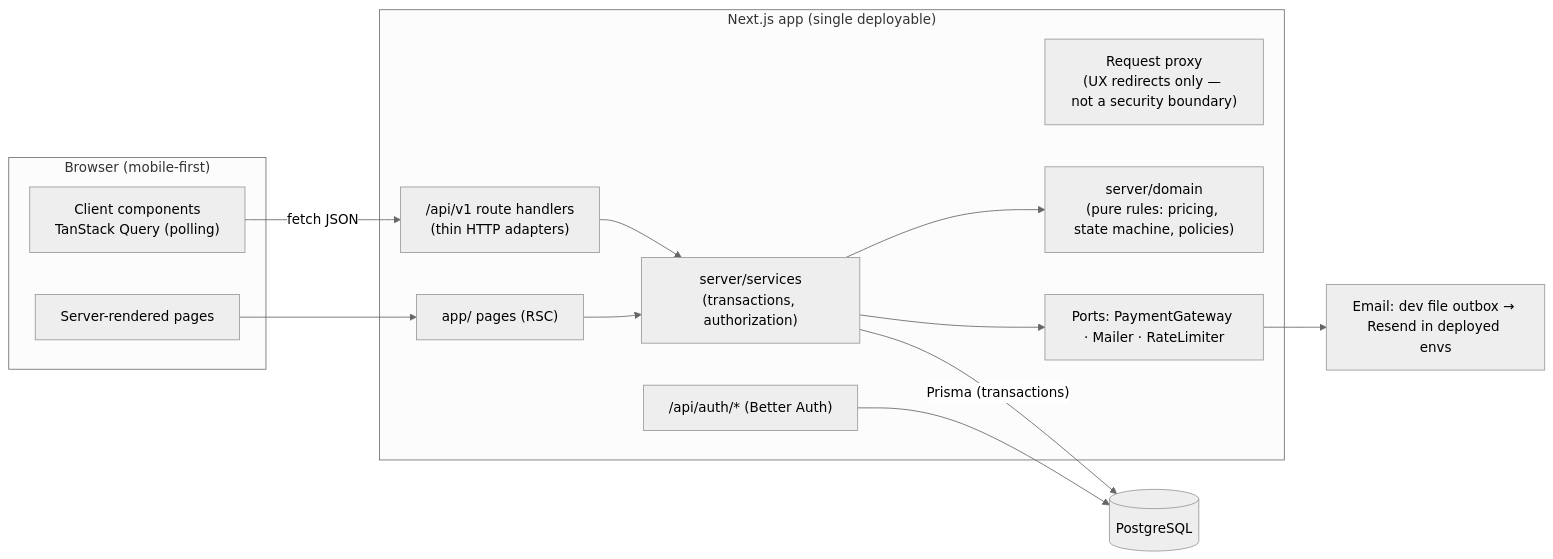
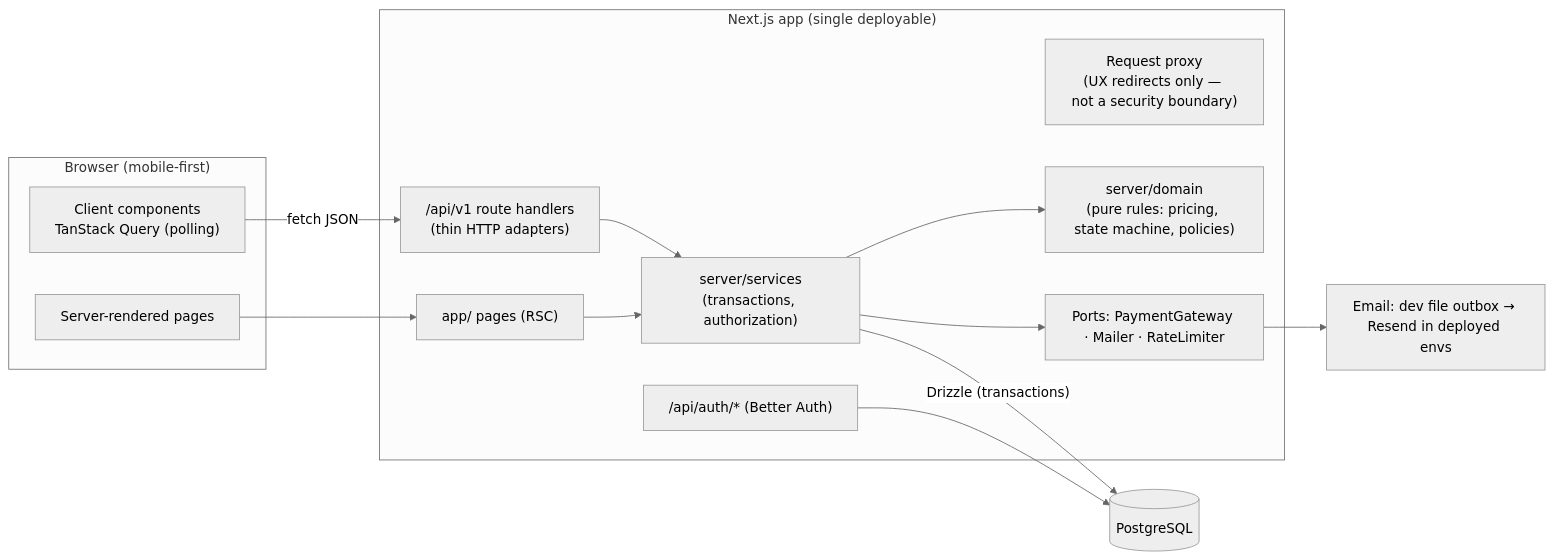
One commit to Emman0-21/CoogCrave changed the first of 2 diagrams in docs/ARCHITECTURE.md. Above: the diagram before and after it, drawn with Mermaid (neutral theme). The commit also changed other lines of this file and 7 other files, not shown here.

````diff
--- a/docs/ARCHITECTURE.md
+++ b/docs/ARCHITECTURE.md
@@ -54,28 +57,28 @@
 ```mermaid
 flowchart LR
   subgraph Browser["Browser (mobile-first)"]
     RSC["Server-rendered pages"]
     CC["Client components<br/>TanStack Query (polling)"]
   end
   subgraph Next["Next.js app (single deployable)"]
     Proxy["Request proxy<br/>(UX redirects only — not a security boundary)"]
     Pages["app/ pages (RSC)"]
     API["/api/v1 route handlers<br/>(thin HTTP adapters)"]
     AuthH["/api/auth/* (Better Auth)"]
     Svc["server/services<br/>(transactions, authorization)"]
     Dom["server/domain<br/>(pure rules: pricing, state machine, policies)"]
     Ports["Ports: PaymentGateway · Mailer · RateLimiter"]
   end
   DB[("PostgreSQL")]
   Mail["Email: dev file outbox → Resend in deployed envs"]
 
   CC -- "fetch JSON" --> API
   RSC --> Pages
   Pages --> Svc
   API --> Svc
   AuthH --> DB
   Svc --> Dom
   Svc --> Ports
-  Svc -- "Prisma (transactions)" --> DB
+  Svc -- "Drizzle (transactions)" --> DB
   Ports --> Mail
 ```
````
